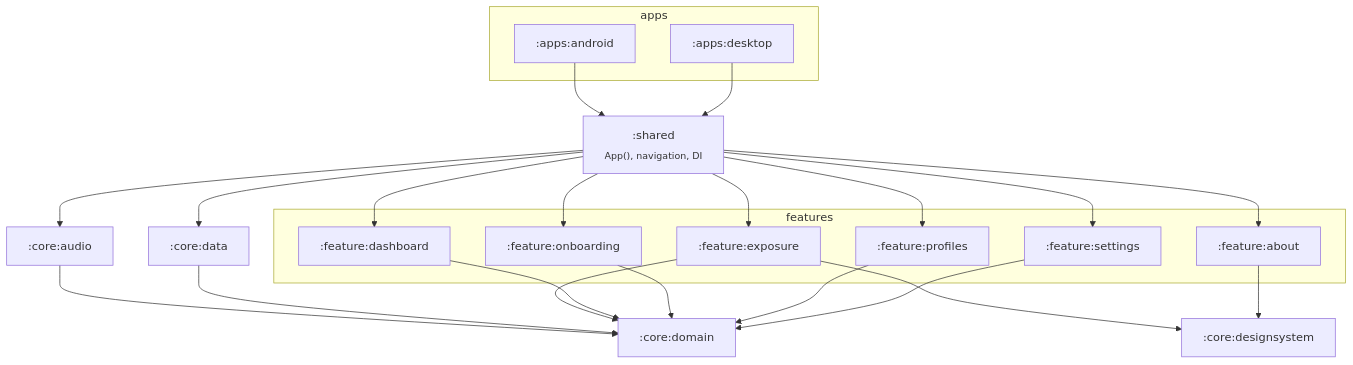
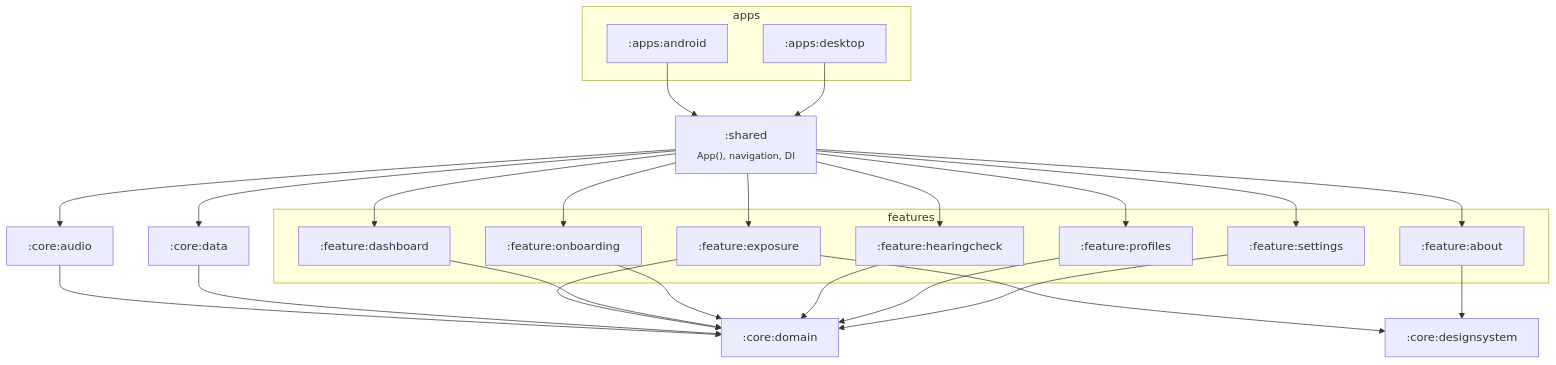
One commit to JeanCarloLond/WHLambda changed the first of 3 diagrams in docs/architecture.md. Above: the diagram before and after it, drawn with Mermaid. The commit also changed other lines of this file and 2 other files, not shown here.

````diff
--- a/docs/architecture.md
+++ b/docs/architecture.md
@@ -10,39 +10,42 @@
 ```mermaid
 flowchart TB
     subgraph apps
         android[":apps:android"]
         desktop[":apps:desktop"]
     end
     shared[":shared<br/><sub>App(), navigation, DI</sub>"]
     subgraph features
         dashboard[":feature:dashboard"]
         exposure[":feature:exposure"]
+        hearingcheck[":feature:hearingcheck"]
         onboarding[":feature:onboarding"]
         profiles[":feature:profiles"]
         settings[":feature:settings"]
         about[":feature:about"]
     end
     designsystem[":core:designsystem"]
     domain[":core:domain"]
     data[":core:data"]
 
     android --> shared
     desktop --> shared
     shared --> dashboard
     shared --> exposure
+    shared --> hearingcheck
     shared --> onboarding
     shared --> profiles
     shared --> settings
     shared --> about
     shared --> data
     shared --> audio[":core:audio"]
     audio --> domain
     data --> domain
     exposure --> designsystem
     exposure --> domain
     dashboard --> domain
     onboarding --> domain
+    hearingcheck --> domain
     profiles --> domain
     settings --> domain
     about --> designsystem
 ```
````
